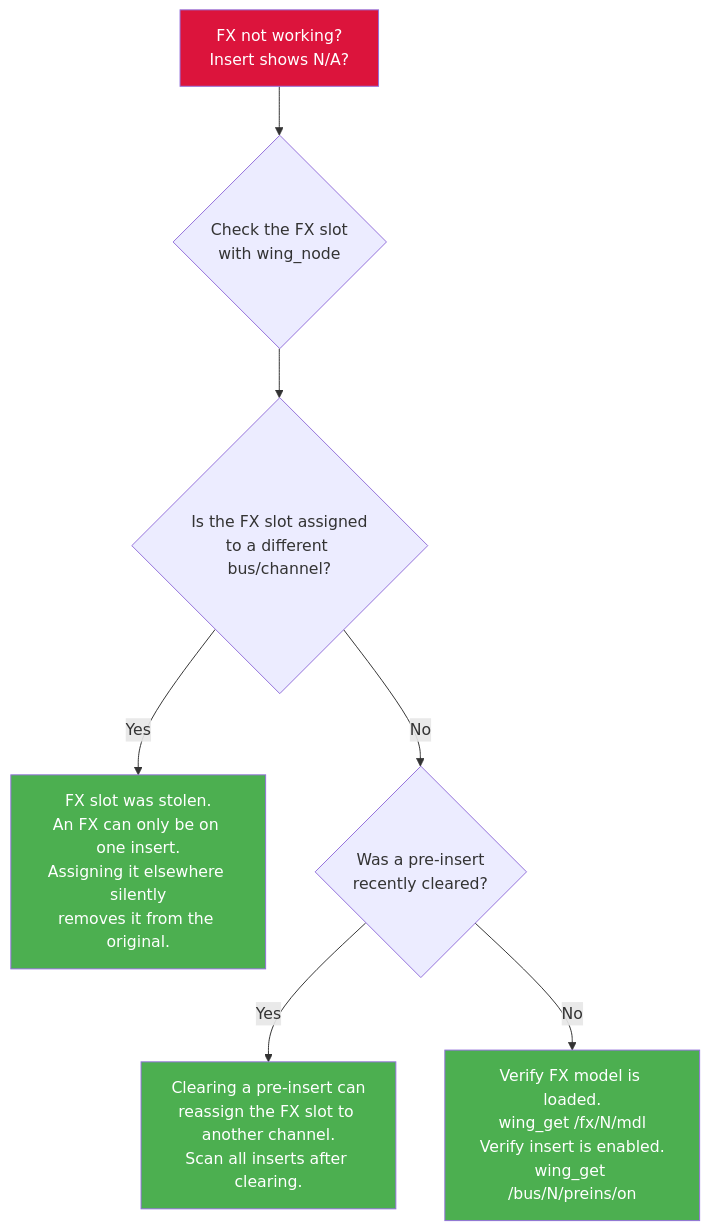
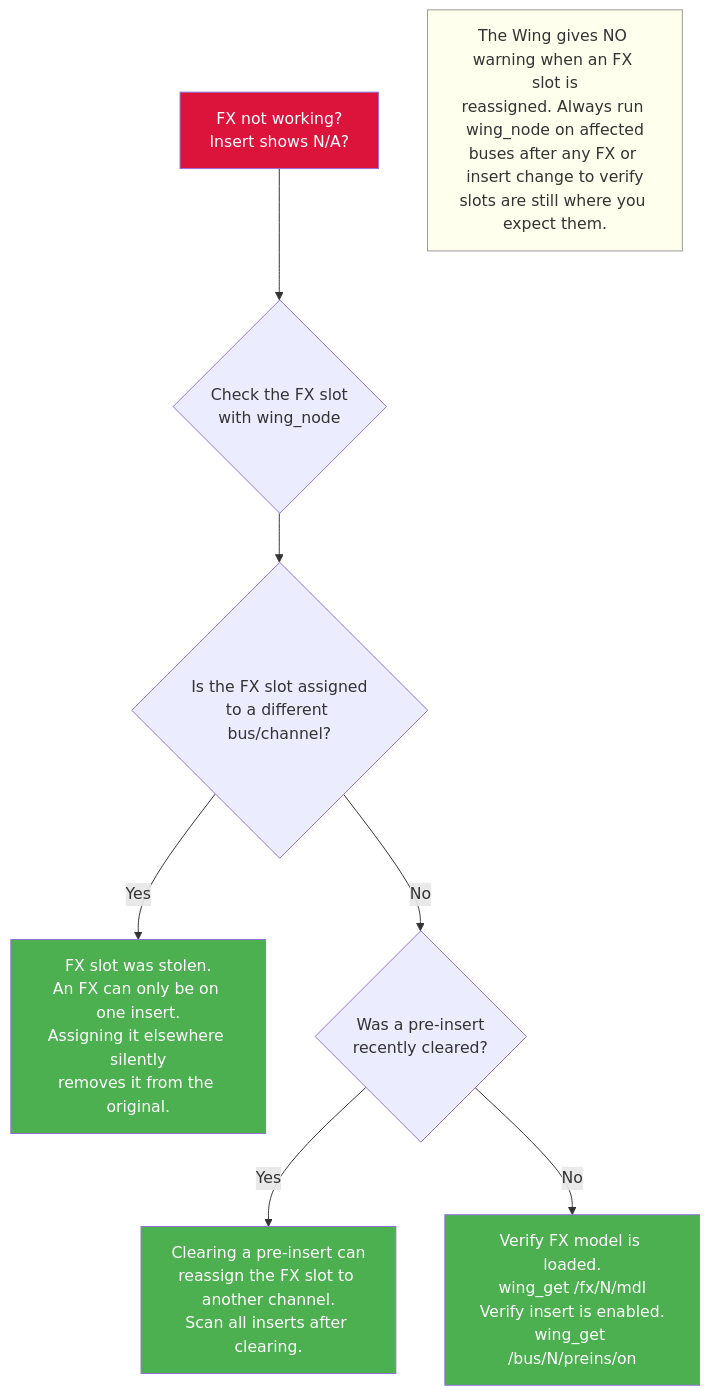
Diagram 14 of 19 in docs/diagrams.md (ldenman/studio-setup), drawn with Mermaid before and after one commit. The commit also changed other lines of this file, not shown here.

First line of the commit message:
Add names to all bus/channel references, summary notes on every diagram

````diff
--- a/docs/diagrams.md
+++ b/docs/diagrams.md
@@ -508,16 +533,19 @@
 ```mermaid
 flowchart TD
     START[FX not working?<br/>Insert shows N/A?] --> Q1{Check the FX slot<br/>with wing_node}
 
     Q1 --> Q2{Is the FX slot assigned<br/>to a different bus/channel?}
     Q2 -->|Yes| FIX1[FX slot was stolen.<br/>An FX can only be on one insert.<br/>Assigning it elsewhere silently<br/>removes it from the original.]
     Q2 -->|No| Q3{Was a pre-insert<br/>recently cleared?}
 
     Q3 -->|Yes| FIX2[Clearing a pre-insert can<br/>reassign the FX slot to another channel.<br/>Scan all inserts after clearing.]
     Q3 -->|No| FIX3[Verify FX model is loaded.<br/>wing_get /fx/N/mdl<br/>Verify insert is enabled.<br/>wing_get /bus/N/preins/on]
 
+    NOTE[The Wing gives NO warning when an FX slot is<br/>reassigned. Always run wing_node on affected<br/>buses after any FX or insert change to verify<br/>slots are still where you expect them.]
+
+    style NOTE fill:#ffe,stroke:#999
     style START fill:#DC143C,color:#fff
     style FIX1 fill:#4CAF50,color:#fff
     style FIX2 fill:#4CAF50,color:#fff
     style FIX3 fill:#4CAF50,color:#fff
 ```
````
